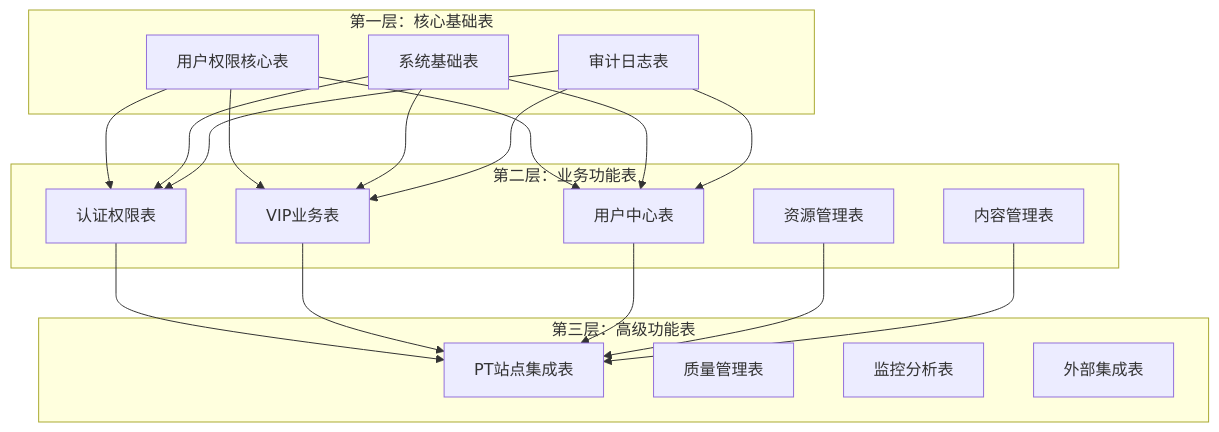
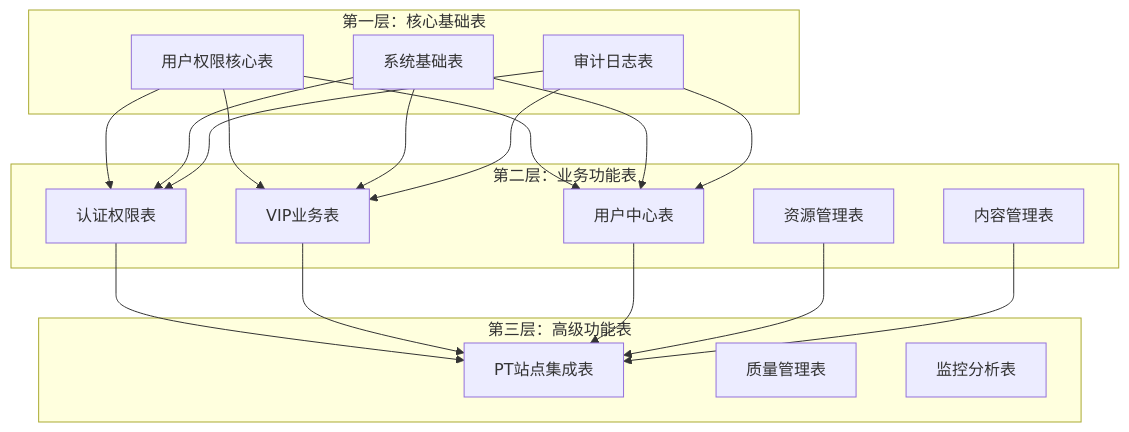
One commit to mocstyz/knene changed the first of 2 diagrams in KneneBackend/doc/database/schema/database_layer_design.md. Above: the diagram before and after it, drawn with Mermaid. The commit also changed other lines of this file and 29 other files, not shown here.

````diff
--- a/KneneBackend/doc/database/schema/database_layer_design.md
+++ b/KneneBackend/doc/database/schema/database_layer_design.md
@@ -41,39 +41,38 @@
 ```mermaid
 graph TB
     subgraph "第一层：核心基础表"
         A[用户权限核心表]
         B[系统基础表]
         C[审计日志表]
     end
 
     subgraph "第二层：业务功能表"
         D[认证权限表]
         E[VIP业务表]
         F[用户中心表]
         G[资源管理表]
         H[内容管理表]
     end
 
     subgraph "第三层：高级功能表"
         I[PT站点集成表]
         J[质量管理表]
         K[监控分析表]
-        L[外部集成表]
     end
 
     A --> D
     A --> E
     A --> F
     B --> D
     B --> E
     B --> F
     C --> D
     C --> E
     C --> F
 
     D --> I
     E --> I
     F --> I
     G --> I
     H --> I
 ```
````
